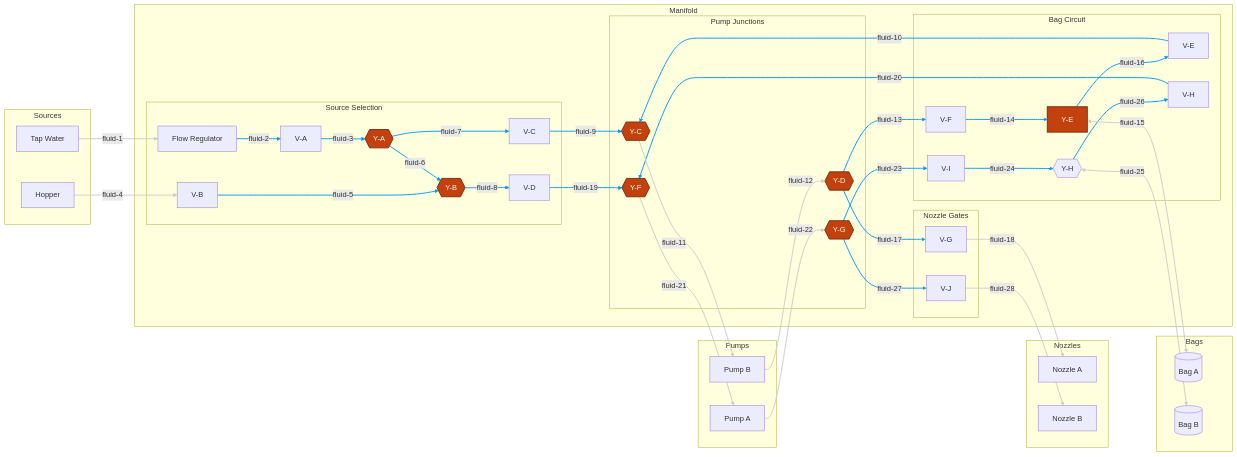
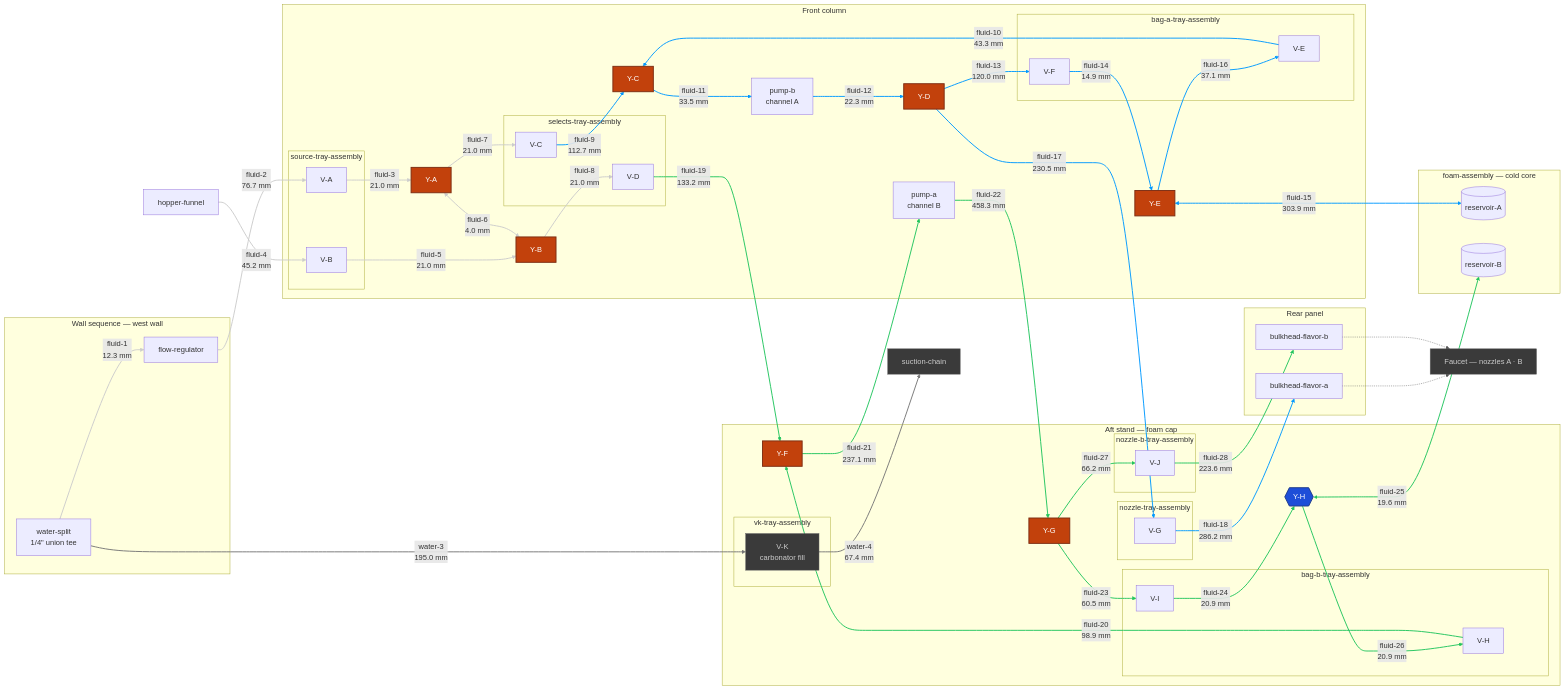
The diagram in hardware/topology/fluid-topology-manifold.mmd (derekbreden/homesodamachine), drawn with Mermaid before and after one commit. The commit also changed 7 other files, not shown here.

```diff
--- a/hardware/topology/fluid-topology-manifold.mmd
+++ b/hardware/topology/fluid-topology-manifold.mmd
@@ -1,143 +1,228 @@
 flowchart LR
 
-  %% The complete fluid topology: every valve, junction, and endpoint, with each
-  %% edge labelled by its route ID. A route is one numbered tube segment from the
-  %% Tube Segments tables in fluid-topology.md — the same fluid-1 … fluid-28 that
-  %% scorecard.py reads as the connection inventory the enclosure must carry and
-  %% that enclosure-assembly/_lines.py authors port to port. All 28 appear here
-  %% exactly once. Hexagons are Y-dividers; orange nodes are Tees (in-line run +
-  %% branch). The per-tray cut in fluid-topology-trays.mmd is the condensed view:
-  %% valves only, endpoints omitted.
+  %% The complete flavor topology, drawn on the bodies the enclosure assembly actually
+  %% places. Every box is one placed part — a tray, a pump, a fitting, the cold core, a
+  %% panel bulkhead — and every edge is one authored tube run carrying its MEASURED
+  %% developed length, arcs included: the length of stock that run cuts.
+
+  %% Source of truth: `enclosure-assembly/_lines.py`, which authors each run port to
+  %% port, and `_routing.Run.length`, which measures it off the built centreline.
+  %% `_fluid_topology_sync.py` writes every number below and gates every edge against
+  %% the built run — an edge whose two ends are not that run's two ends fails the gate.
+
+  %% The 28 flavor segments come to [2765.8 mm](FLUID_TOTAL) of 1/4" LLDPE, over
+  %% [72](FLUID_BENDS) bends. The longest is [fluid-22](LONGEST_ID) at
+  %% [458.3 mm](LONGEST_LEN); the shortest is [fluid-6](SHORTEST_ID) at
+  %% [4.0 mm](SHORTEST_LEN).
+
+  %% The valves ride seven printed trays in two stands and the eight junctions hang on
+  %% the collets they join, so every edge here is a cut length of tube. Colour is the
+  %% circuit: white the shared source chain (fluid-1 … fluid-8), blue channel A
+  %% (9 … 18), green channel B (19 … 28).
+
+  %% Per-tray grouping without the endpoints is fluid-topology-trays.mmd; the water and
+  %% CO2 spine feeding the split, and the carbonator V-K gates, are
+  %% fluid-topology-carbonator.mmd.
 
   %% =========================
-  %% Remote components
+  %% Feeds
   %% =========================
-  subgraph Sources["Sources"]
-    Tap["Tap Water"]
-    Hopper["Hopper"]
+  %% The wall sequence — the west wall's own column, every mouth on the ASSE chain's
+  %% line. The split's supply side (rear bulkhead → ASSE 1022) is the carbonator chart's.
+  subgraph Wall["Wall sequence — west wall"]
+    Split["water-split<br/>1/4&quot; union tee"]
+    Reg["flow-regulator"]
   end
 
-  subgraph Pumps["Pumps"]
-    PA["Pump A"]
-    PB["Pump B"]
-  end
-
-  subgraph Bags["Bags"]
-    BagA[("Bag A")]
-    BagB[("Bag B")]
-  end
-
-  subgraph Nozzles["Nozzles"]
-    NozzleA["Nozzle A"]
-    NozzleB["Nozzle B"]
-  end
+  %% The basin on the top-wall rim ledge behind the display facet, its spout standing on
+  %% V-B's own column: a gravity drain is the one line that cannot be routed around
+  %% anything, so the spout's column is fixed and the tray hangs off it.
+  Hopper["hopper-funnel"]
 
   %% =========================
-  %% Manifold
+  %% Front column
   %% =========================
-  %% No `direction` on this subgraph. A nested direction makes Mermaid clamp
-  %% boundary-crossing edges to the cluster border, which strands the ten tube
-  %% runs — fluid-11/12/21/22 to the pumps, 15/25 to the bags, 18/28 to the
-  %% nozzles, 1/4 from the sources — as stubs floating short of their junctions.
-  %% The chart inherits LR from the top-level flowchart.
-  subgraph Manifold["Manifold"]
+  %% The head column is three two-valve trays, one under the next, on the compressor
+  %% shroud's roof. Three is the column's whole depth. Both peristaltic pumps stand
+  %% forward of it, side by side across the machine. Y-A and Y-B stand in the junction
+  %% columns ahead of the source and selects pairs, Y-C and Y-D in the pump lane, Y-E
+  %% across the strip ahead of the bag-A pair.
+  subgraph Front["Front column"]
 
-    subgraph SourceSelection["Source Selection"]
-      Reg["Flow Regulator"]
+    subgraph TSrc["source-tray-assembly"]
       VA["V-A"]
       VB["V-B"]
-      YA{{"Y-A"}}
-      YB{{"Y-B"}}
+    end
+
+    subgraph TSel["selects-tray-assembly"]
       VC["V-C"]
       VD["V-D"]
     end
 
-    subgraph MfPumps["Pump Junctions"]
-      YC{{"Y-C"}}
-      YD{{"Y-D"}}
-      YF{{"Y-F"}}
-      YG{{"Y-G"}}
+    subgraph TBagA["bag-a-tray-assembly"]
+      VE["V-E"]
+      VF["V-F"]
     end
 
-    subgraph MfNozzles["Nozzle Gates"]
+    YA["Y-A"]
+    YB["Y-B"]
+    YC["Y-C"]
+    YD["Y-D"]
+    YE["Y-E"]
+
+    PB["pump-b<br/>channel A"]
+    PA["pump-a<br/>channel B"]
+  end
+
+  %% =========================
+  %% Aft stand
+  %% =========================
+  %% Four trays on the foam cap, all on one storey, each bolted through its own mount
+  %% ears to the cap's deck-mount stations. The bag-B pair is the one PAIR up here and
+  %% so the one two-valve plate; the other three valves each stand alone on the family's
+  %% one-seat plate. Y-F stands over V-H's own column in the band above the plates, Y-G
+  %% in the lane east of V-K's plate, Y-H off the bag pair's west flank.
+  subgraph Aft["Aft stand — foam cap"]
+
+    subgraph TBagB["bag-b-tray-assembly"]
+      VH["V-H"]
+      VI["V-I"]
+    end
+
+    subgraph TNozA["nozzle-tray-assembly"]
       VG["V-G"]
+    end
+
+    subgraph TVK["vk-tray-assembly"]
+      VK["V-K<br/>carbonator fill"]
+    end
+
+    subgraph TNozB["nozzle-b-tray-assembly"]
       VJ["V-J"]
     end
 
-    subgraph MfBags["Bag Circuit"]
-      VE["V-E"]
-      YE["Y-E"]
-      VF["V-F"]
-      VH["V-H"]
-      YH{{"Y-H"}}
-      VI["V-I"]
-    end
-
-    %% Source Selection connections
-    Reg -->|"fluid-2"| VA
-    VA -->|"fluid-3"| YA
-    YA -->|"fluid-7"| VC
-    VB -->|"fluid-5"| YB
-    YB -->|"fluid-8"| VD
-    YA -->|"fluid-6"| YB
-
-    %% Pump Junctions connections
-    VC -->|"fluid-9"| YC
-    VD -->|"fluid-19"| YF
-    YD -->|"fluid-17"| VG
-    YD -->|"fluid-13"| VF
-    YG -->|"fluid-27"| VJ
-    YG -->|"fluid-23"| VI
-
-    %% Bag Circuit connections
-    VE -->|"fluid-10"| YC
-    VF -->|"fluid-14"| YE
-    YE -->|"fluid-16"| VE
-    VH -->|"fluid-20"| YF
-    VI -->|"fluid-24"| YH
-    YH -->|"fluid-26"| VH
+    YF["Y-F"]
+    YG["Y-G"]
+    YH{{"Y-H"}}
   end
 
   %% =========================
-  %% Tube runs (manifold ↔ remote)
+  %% Cold core, rear panel, and what leaves the box
   %% =========================
-  Tap -->|"fluid-1"| Reg
-  Hopper -->|"fluid-4"| VB
+  %% One line reaches each reservoir's port on the cold core's front face, and both the
+  %% fill and the draw ride it — which is what the two-headed edges say.
+  subgraph Core["foam-assembly — cold core"]
+    ResA[("reservoir-A")]
+    ResB[("reservoir-B")]
+  end
 
-  YC -->|"fluid-11"| PB
-  PB -->|"fluid-12"| YD
-  YF -->|"fluid-21"| PA
-  PA -->|"fluid-22"| YG
+  subgraph Panel["Rear panel"]
+    BhA["bulkhead-flavor-a"]
+    BhB["bulkhead-flavor-b"]
+  end
 
-  YE <-->|"fluid-15"| BagA
-  YH <-->|"fluid-25"| BagB
+  SuctChain["suction-chain"]
+  Faucet["Faucet — nozzles A &middot; B"]
 
-  VG -->|"fluid-18"| NozzleA
-  VJ -->|"fluid-28"| NozzleB
+  %% =========================
+  %% Shared source chain — fluid-1 … fluid-8
+  %% =========================
+  %% Y-A and Y-B are the selects-source junction and the lane each takes is a COLUMN:
+  %% the source pair stands in the selects pair's own two seats one stack pitch up, so
+  %% each Tee's run falls straight down one column and the two branches face each other
+  %% across fluid-6, which puts all four ports on one hydraulic node.
+  Split -->|"fluid-1<br/>12.3 mm"| Reg
+  Reg -->|"fluid-2<br/>76.7 mm"| VA
+  VA -->|"fluid-3<br/>21.0 mm"| YA
+  Hopper -->|"fluid-4<br/>45.2 mm"| VB
+  VB -->|"fluid-5<br/>21.0 mm"| YB
+  YA <-->|"fluid-6<br/>4.0 mm"| YB
+  YA -->|"fluid-7<br/>21.0 mm"| VC
+  YB -->|"fluid-8<br/>21.0 mm"| VD
 
-  %% Manifold internals: blue. These edges are ZERO LENGTH — valve seats sit
-  %% directly at the Y-junctions inside a single machined manifold block. There
-  %% is no tubing between, e.g., V-A and Y-A; the only volume on a blue edge is
-  %% the valve's own downstream poppet void (sub-mL). This is what makes the
-  %% manifold a manifold rather than a network of tube runs, and why there are
-  %% no meaningful stagnant side-pockets at the Y-junctions.
-  %% 0-17 = Source Selection + Pump Junctions + Bag Circuit interior edges.
-  linkStyle 0,1,2,3,4,5,6,7,8,9,10,11,12,13,14,15,16,17 stroke:#09f,stroke-width:2px
-  %% Tube runs between the manifold and remote components: white. These are
-  %% the only real lengths of tube in the diagram; everything else is
-  %% manifold-internal.
-  %% 18-27 = sources -> manifold inlets, manifold -> pumps/bags/nozzles.
-  linkStyle 18,19,20,21,22,23,24,25,26,27 stroke:#ccc,stroke-width:2px
+  %% =========================
+  %% Channel A — fluid-9 … fluid-18
+  %% =========================
+  %% Channel A's pump and both its junctions stand in the front column, so the whole row
+  %% is flat: Y-C's and Y-D's runs lie along the pump lane on the bag-A pair's own port
+  %% plane and only their branches change level — fluid-9 falling a stack pitch in from
+  %% the selects pair, fluid-17 climbing a storey and a half to the nozzle gate aloft.
+  VC -->|"fluid-9<br/>112.7 mm"| YC
+  VE -->|"fluid-10<br/>43.3 mm"| YC
+  YC -->|"fluid-11<br/>33.5 mm"| PB
+  PB -->|"fluid-12<br/>22.3 mm"| YD
+  YD -->|"fluid-13<br/>120.0 mm"| VF
+  VF -->|"fluid-14<br/>14.9 mm"| YE
+  YE <-->|"fluid-15<br/>303.9 mm"| ResA
+  YE -->|"fluid-16<br/>37.1 mm"| VE
+  YD -->|"fluid-17<br/>230.5 mm"| VG
+  VG -->|"fluid-18<br/>286.2 mm"| BhA
 
-  %% Junction geometry: Y-H is the one PP2308E Y-divider, joining the two ports its own
-  %% tray's pair presents SIDE BY SIDE with the room ahead of it a trident needs; the other
-  %% seven are PP0208E Tees (in-line run + branch). Six reach BETWEEN trays, or between a
-  %% tray and a pump; Y-E joins one pair side by side like Y-H, and is a Tee because what
-  %% that pair leaves it is a strip a fitting's own diameter deep.
-  %% A Tee's run is a LANE — one straight length through the fitting, shared by two of
-  %% its three ports — and its branch is the leg that leaves that lane, which is why the
-  %% branch is the only leg at a Tee that changes level. At Y-A and Y-B that lane stands
-  %% on end: the run is a COLUMN, fluid-3 into fluid-7 and fluid-5 into fluid-8, and the
-  %% two branches face each other across fluid-6. Orange = Tee.
+  %% =========================
+  %% Channel B — fluid-19 … fluid-28
+  %% =========================
+  %% Channel B's pump stands in the front column and both its junctions aloft, so
+  %% fluid-21 and fluid-22 cross a storey and a half whatever they leave by. They cross
+  %% the deck on OPPOSITE strata and pass the head column on OPPOSITE sides — the inlet
+  %% over the electronics shelf and down the collet band, the outlet over the water deck
+  %% and up the tray-east lane — so neither owes the other any separation. It is why the
+  %% two longest flavor runs in the machine are this channel's.
+  VD -->|"fluid-19<br/>133.2 mm"| YF
+  VH -->|"fluid-20<br/>98.9 mm"| YF
+  YF -->|"fluid-21<br/>237.1 mm"| PA
+  PA -->|"fluid-22<br/>458.3 mm"| YG
+  YG -->|"fluid-23<br/>60.5 mm"| VI
+  VI -->|"fluid-24<br/>20.9 mm"| YH
+  YH <-->|"fluid-25<br/>19.6 mm"| ResB
+  YH -->|"fluid-26<br/>20.9 mm"| VH
+  YG -->|"fluid-27<br/>66.2 mm"| VJ
+  VJ -->|"fluid-28<br/>223.6 mm"| BhB
+
+  %% =========================
+  %% V-K's own two runs — the carbonator circuit, on this stand
+  %% =========================
+  %% V-K gates the carbonator fill off the same split fluid-1 leaves. It stands on the
+  %% aft stand's middle plate, and water-4 is what fluid-27 crosses over on its way out
+  %% of the bay.
+  Split -->|"water-3<br/>195.0 mm"| VK
+  VK -->|"water-4<br/>67.4 mm"| SuctChain
+
+  %% =========================
+  %% Beyond the box
+  %% =========================
+  %% The two flavor bulkheads are where the enclosure's runs END. The nozzles are out on
+  %% the faucet, down the umbilical, which no run in this pack carries.
+  BhA -.-> Faucet
+  BhB -.-> Faucet
+
+  %% Circuit colours. Mermaid numbers links by DECLARATION ORDER, so every index below is
+  %% a count of the edges above it and not an authorship — `_fluid_topology_sync.py`
+  %% writes each list off the parsed edge order and each edge's own route id, and the
+  %% style after it is this chart's. The `(group:NAME)` in each comment is what tells the
+  %% driver which line takes which list.
+  %% Shared source chain (group:shared) — white.
+  linkStyle 0,1,2,3,4,5,6,7 stroke:#ccc,stroke-width:2px
+  %% Channel A (group:channel-a) — blue.
+  linkStyle 8,9,10,11,12,13,14,15,16,17 stroke:#09f,stroke-width:2px
+  %% Channel B (group:channel-b) — green.
+  linkStyle 18,19,20,21,22,23,24,25,26,27 stroke:#22c55e,stroke-width:2px
+  %% The carbonator circuit's two runs through this stand (group:carbonator) — grey.
+  linkStyle 28,29 stroke:#777,stroke-width:2px
+  %% Outside the pack (group:outside) — no run carries it.
+  linkStyle 30,31 stroke:#555,stroke-width:1px
+
+  %% Junction fittings. Y-H is the one PP2308E Y-DIVIDER — a trident, one stem and two
+  %% parallel outlets — and takes the hexagon; it joins the two ports its own pair
+  %% presents side by side, with the room ahead of it a trident needs. The other seven
+  %% are PP0208E TEES: an in-line RUN, which is one straight lane through the fitting
+  %% shared by two of its three ports, and a BRANCH, the leg that leaves that lane and
+  %% so the only leg at a Tee that changes level. Six of them reach between trays or
+  %% between a tray and a pump; Y-E joins one pair side by side like Y-H and is a Tee
+  %% because what that pair leaves it is a strip a fitting's own diameter deep.
   classDef tee fill:#c2410c,stroke:#7c2d12,color:#ffffff,stroke-width:2px;
   class YA,YB,YC,YD,YE,YF,YG tee;
+  classDef divider fill:#1d4ed8,stroke:#1e3a8a,color:#ffffff,stroke-width:2px;
+  class YH divider;
+  %% Not the flavor manifold's — the carbonator's valve, and the pack's edge.
+  classDef offcircuit fill:#3a3a3a,stroke:#666,color:#cccccc,stroke-width:1px;
+  class VK,SuctChain,Faucet offcircuit;
```
